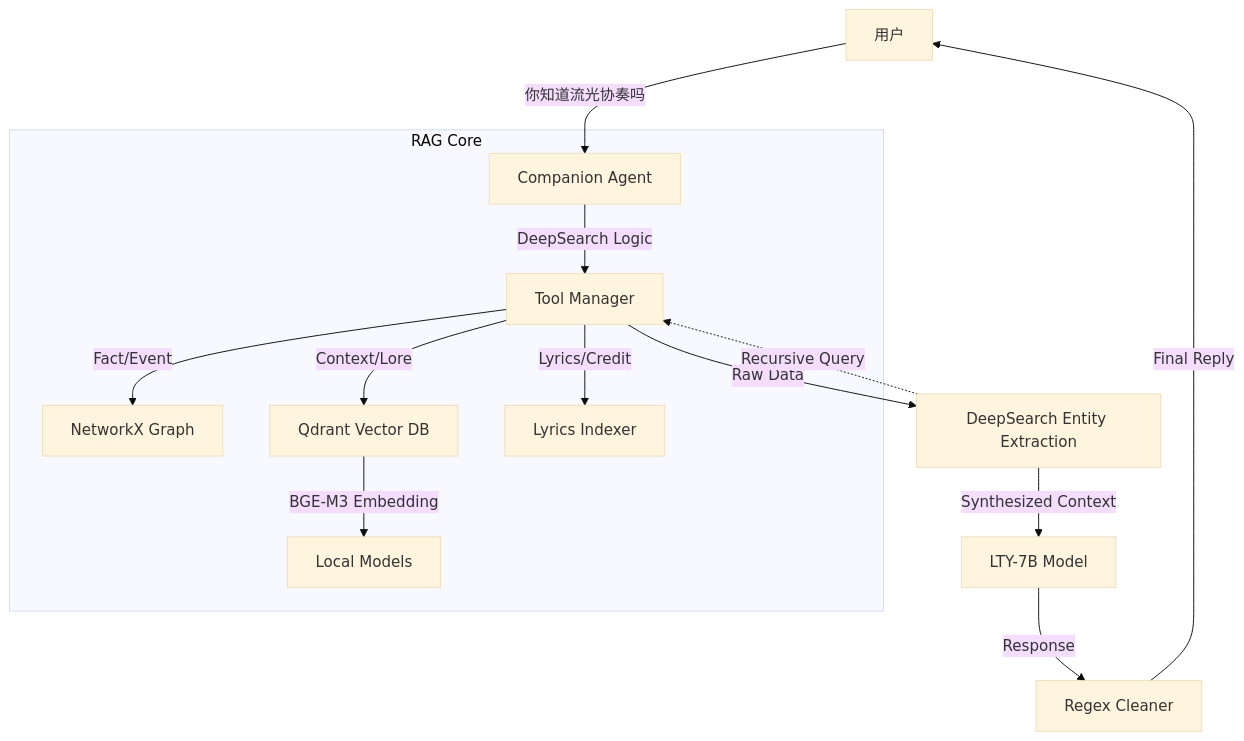
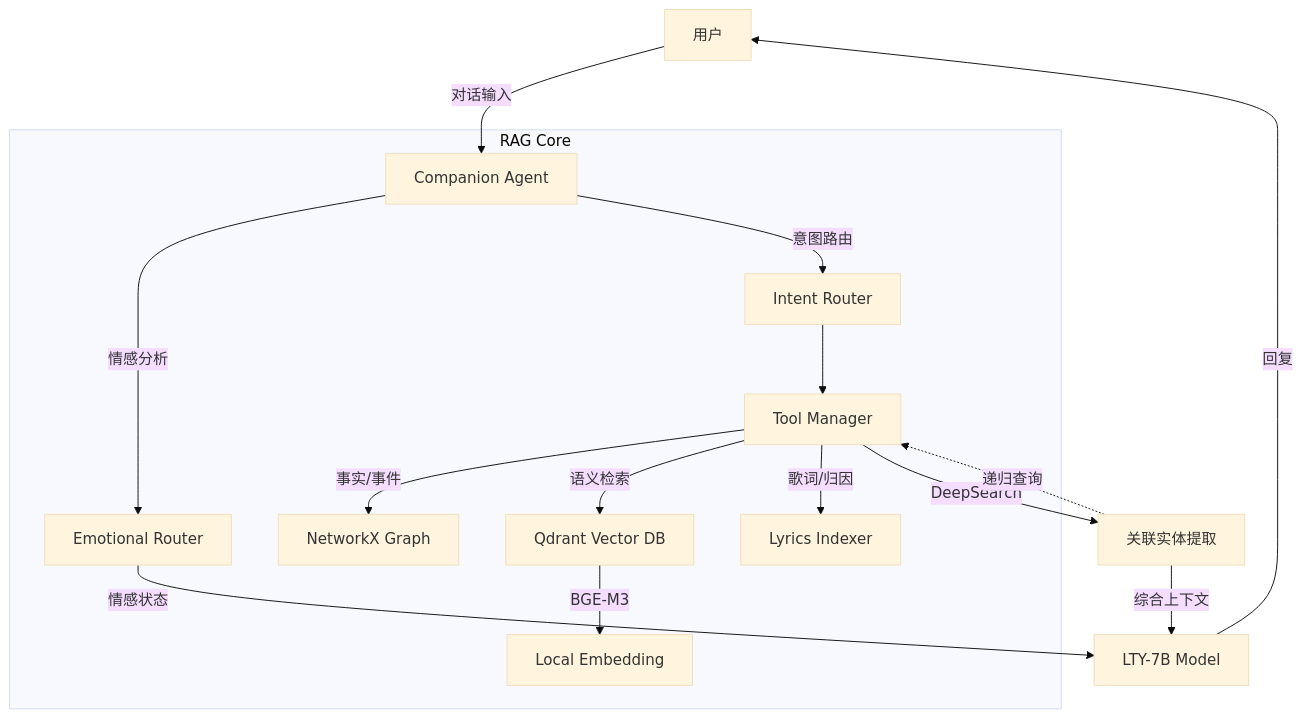
The diagram in README.md (YiGuMoYan/lty_agent), drawn with Mermaid (base theme) before and after one commit. The commit also changed other lines of this file and 26 other files, not shown here.

````diff
--- a/README.md
+++ b/README.md
@@ -39,20 +39,20 @@
 ```mermaid
 graph TD
-    User[用户] --> |"你知道流光协奏吗"| Agent[Companion Agent]
+    User[用户] --> |对话输入| Agent[Companion Agent]
 
     subgraph "RAG Core"
-        Agent --> |"DeepSearch Logic"| Tools[Tool Manager]
-        Tools --> |"Fact/Event"| Graph[NetworkX Graph]
-        Tools --> |"Context/Lore"| Vector[Qdrant Vector DB]
-        Tools --> |"Lyrics/Credit"| Lyrics[Lyrics Indexer]
-
-        Vector --> |"BGE-M3 Embedding"| Models[Local Models]
+        Agent --> |情感分析| Emotion[Emotional Router]
+        Agent --> |意图路由| Router[Intent Router]
+        Router --> Tools[Tool Manager]
+        Tools --> |事实/事件| Graph[NetworkX Graph]
+        Tools --> |语义检索| Vector[Qdrant Vector DB]
+        Tools --> |歌词/归因| Lyrics[Lyrics Indexer]
+        Vector --> |BGE-M3| Models[Local Embedding]
     end
 
-    Tools --> |"Raw Data"| Entity_Extract[DeepSearch Entity Extraction]
-    Entity_Extract -.-> |"Recursive Query"| Tools
-
-    Entity_Extract --> |"Synthesized Context"| LLM[LTY-7B Model]
-    LLM --> |"Response"| Filter[Regex Cleaner]
-    Filter --> |"Final Reply"| User
+    Tools --> |DeepSearch| Entity[关联实体提取]
+    Entity -.-> |递归查询| Tools
+    Entity --> |综合上下文| LLM[LTY-7B Model]
+    Emotion --> |情感状态| LLM
+    LLM --> |回复| User
 ```
````
